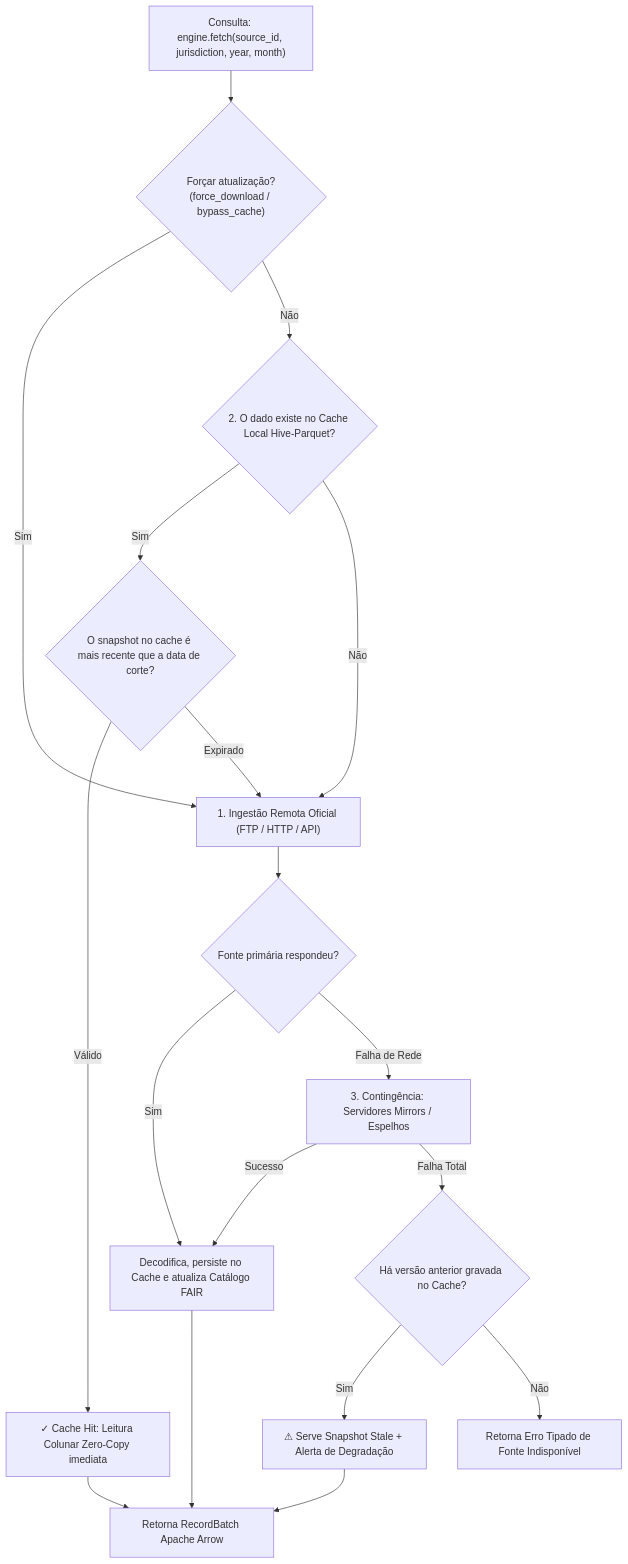
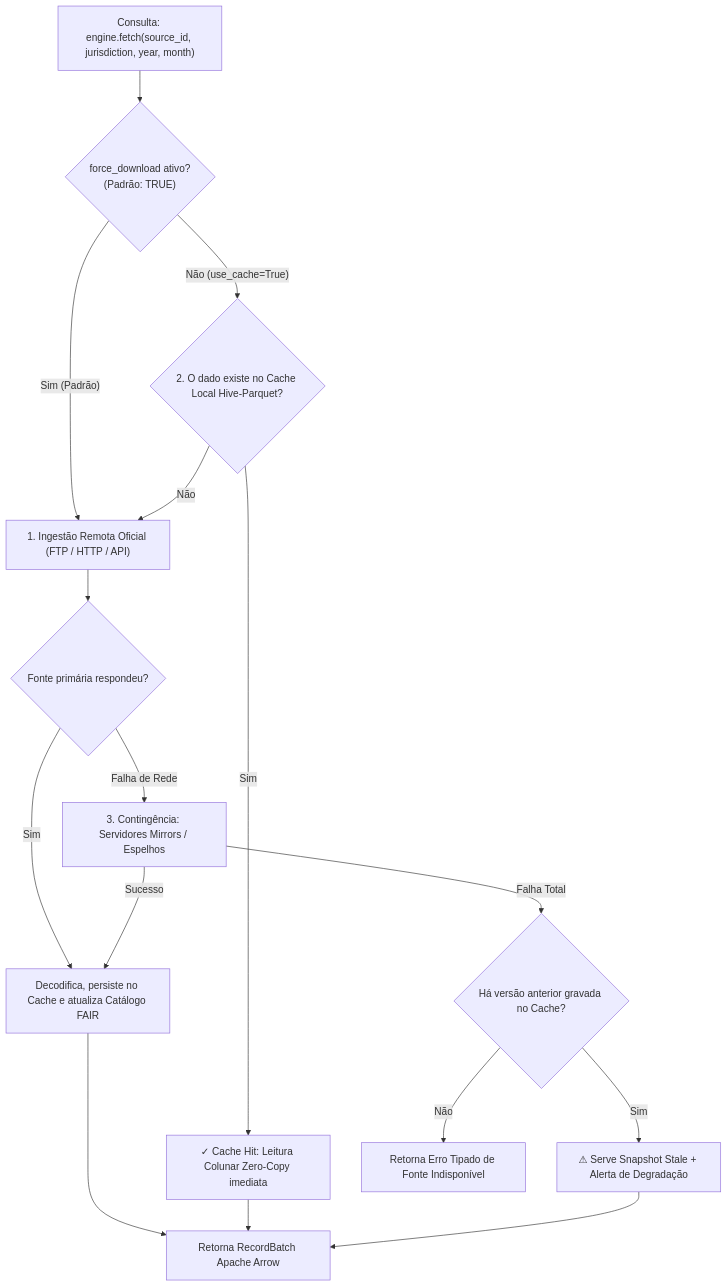
One commit to MarcelDevBr/brhealth changed the diagram in docs/BRHealth_Objetos_API_Universal.md. Above: the diagram before and after it, drawn with Mermaid. The commit also changed other lines of this file and 8 other files, not shown here.

Commit message:
feat: add CacheManager for Hive-Parquet cache lifecycle management in core and python bindings

````diff
--- a/docs/BRHealth_Objetos_API_Universal.md
+++ b/docs/BRHealth_Objetos_API_Universal.md
@@ -23,27 +26,24 @@
 ```mermaid
 flowchart TD
-    REQ["Consulta: engine.fetch(source_id, jurisdiction, year, month)"] --> CHECK_FORCE{"Forçar atualização?<br/>(force_download / bypass_cache)"}
+    REQ["Consulta: engine.fetch(source_id, jurisdiction, year, month)"] --> CHECK_FORCE{"force_download ativo?<br/>(Padrão: TRUE)"}
     
-    CHECK_FORCE -- Sim --> FETCH_REMOTE["1. Ingestão Remota Oficial (FTP / HTTP / API)"]
-    CHECK_FORCE -- Não --> CHECK_CACHE{"2. O dado existe no Cache Local Hive-Parquet?"}
+    CHECK_FORCE -- Sim (Padrão) --> FETCH_REMOTE["1. Ingestão Remota Oficial (FTP / HTTP / API)"]
+    CHECK_FORCE -- Não (use_cache=True) --> CHECK_CACHE{"2. O dado existe no Cache Local Hive-Parquet?"}
     
-    CHECK_CACHE -- Sim --> CHECK_TTL{"O snapshot no cache é mais recente que a data de corte?"}
-    CHECK_TTL -- Válido --> HIT["✓ Cache Hit: Leitura Colunar Zero-Copy imediata"]
-    CHECK_TTL -- Expirado --> FETCH_REMOTE
-    
+    CHECK_CACHE -- Sim --> HIT["✓ Cache Hit: Leitura Colunar Zero-Copy imediata"]
     CHECK_CACHE -- Não --> FETCH_REMOTE
     
     FETCH_REMOTE --> RES_PRIMARY{"Fonte primária respondeu?"}
     RES_PRIMARY -- Sim --> STORE["Decodifica, persiste no Cache e atualiza Catálogo FAIR"]
     RES_PRIMARY -- Falha de Rede --> MIRRORS["3. Contingência: Servidores Mirrors / Espelhos"]
     
     MIRRORS -- Sucesso --> STORE
     MIRRORS -- Falha Total --> STALE_FALLBACK{"Há versão anterior gravada no Cache?"}
     
     STALE_FALLBACK -- Sim --> SERVE_STALE["⚠ Serve Snapshot Stale + Alerta de Degradação"]
     STALE_FALLBACK -- Não --> ERR["Retorna Erro Tipado de Fonte Indisponível"]
     
     STORE --> OUT["Retorna RecordBatch Apache Arrow"]
     HIT --> OUT
     SERVE_STALE --> OUT
 ```
````
